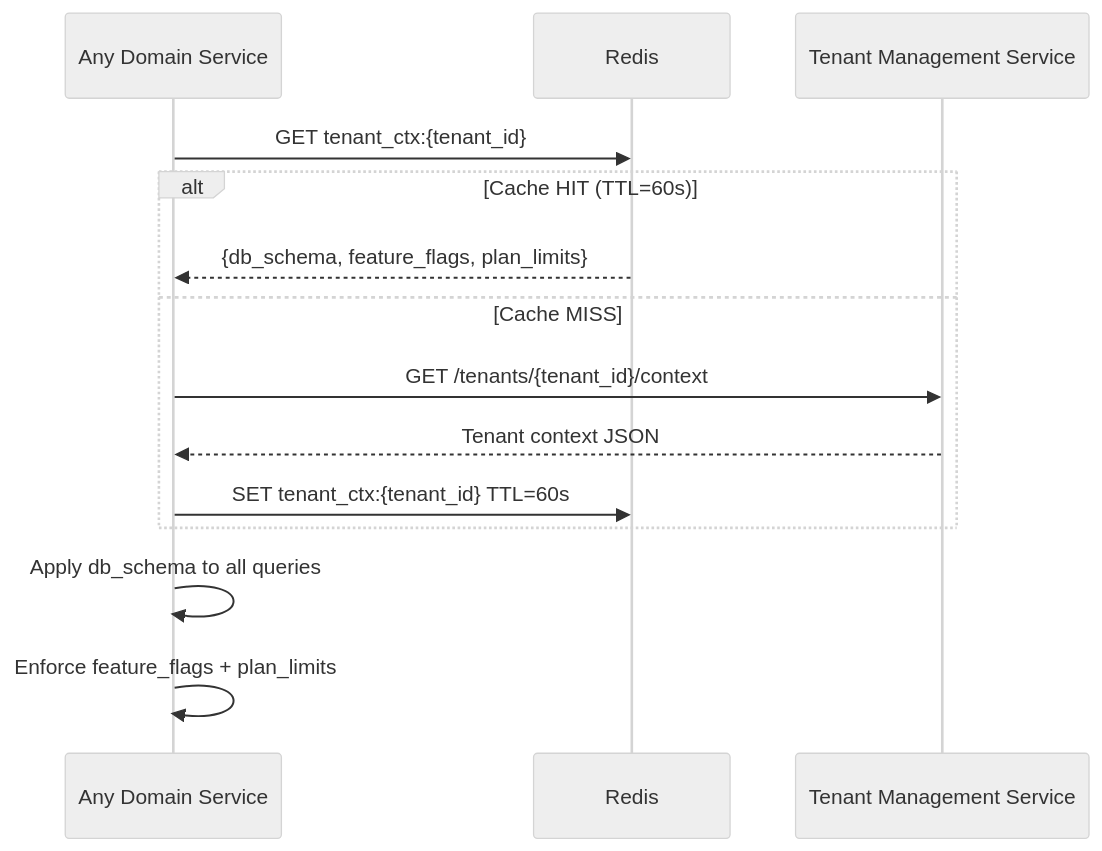
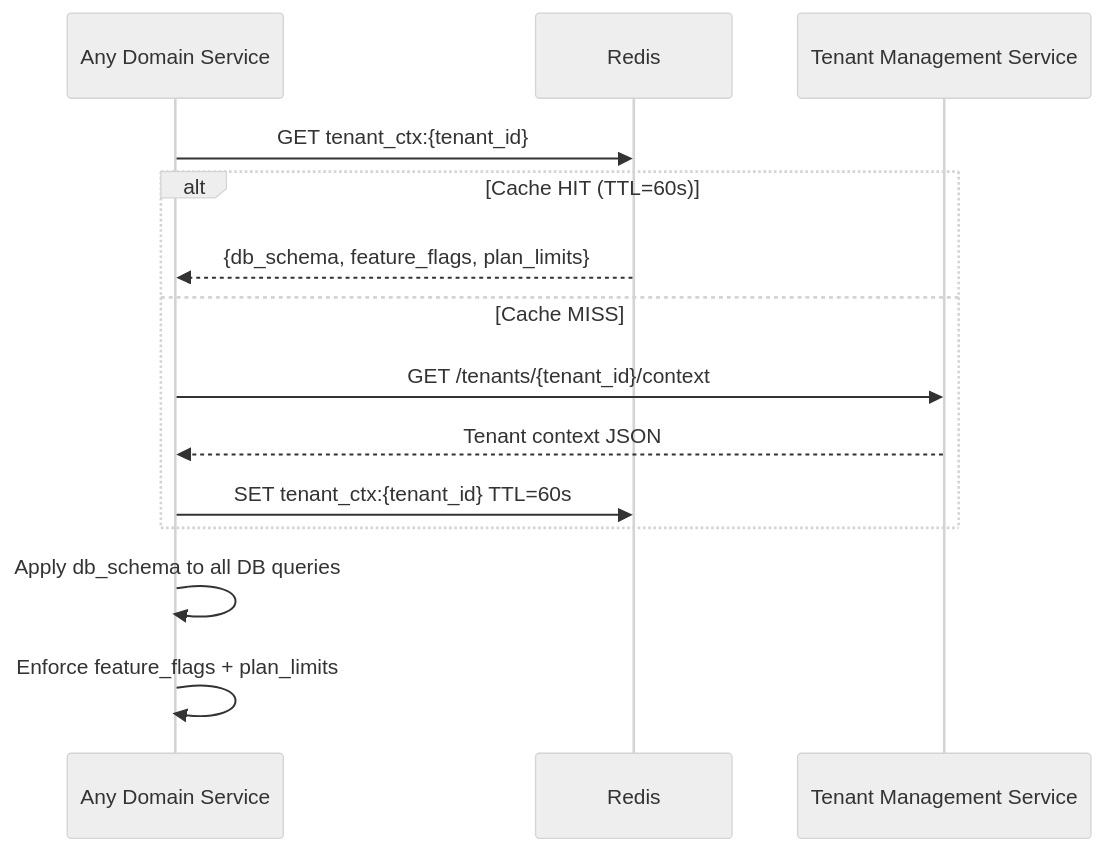
One commit to taarak18/propeller changed the fourth of 4 diagrams in L-D/.sasva/overview/01-architecture.md. Above: the diagram before and after it, drawn with Mermaid (neutral theme). The commit also changed other lines of this file and 6 other files, not shown here.

````diff
--- a/L-D/.sasva/overview/01-architecture.md
+++ b/L-D/.sasva/overview/01-architecture.md
@@ -280,17 +256,17 @@
 ```mermaid
 sequenceDiagram
     participant SVC as Any Domain Service
     participant REDIS as Redis
     participant TMS as Tenant Management Service
 
     SVC->>REDIS: GET tenant_ctx:{tenant_id}
     alt Cache HIT (TTL=60s)
         REDIS-->>SVC: {db_schema, feature_flags, plan_limits}
     else Cache MISS
         SVC->>TMS: GET /tenants/{tenant_id}/context
         TMS-->>SVC: Tenant context JSON
         SVC->>REDIS: SET tenant_ctx:{tenant_id} TTL=60s
     end
-    SVC->>SVC: Apply db_schema to all queries
+    SVC->>SVC: Apply db_schema to all DB queries
     SVC->>SVC: Enforce feature_flags + plan_limits
 ```
````
